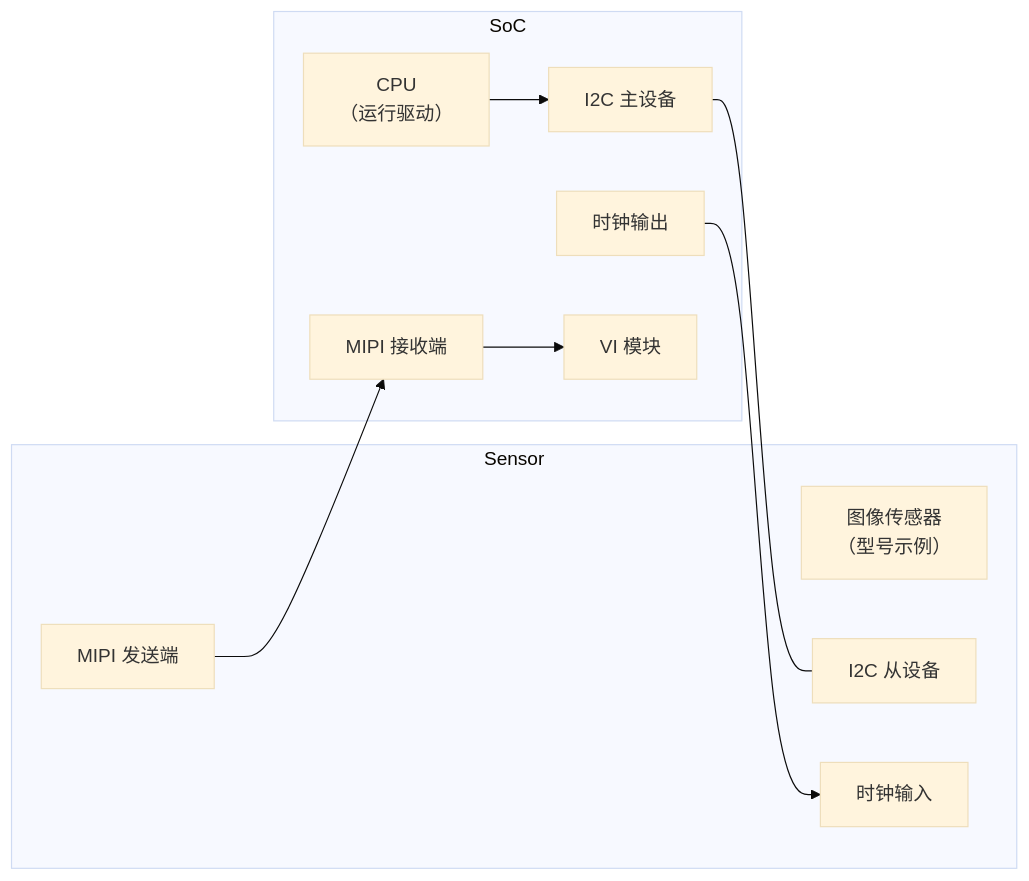
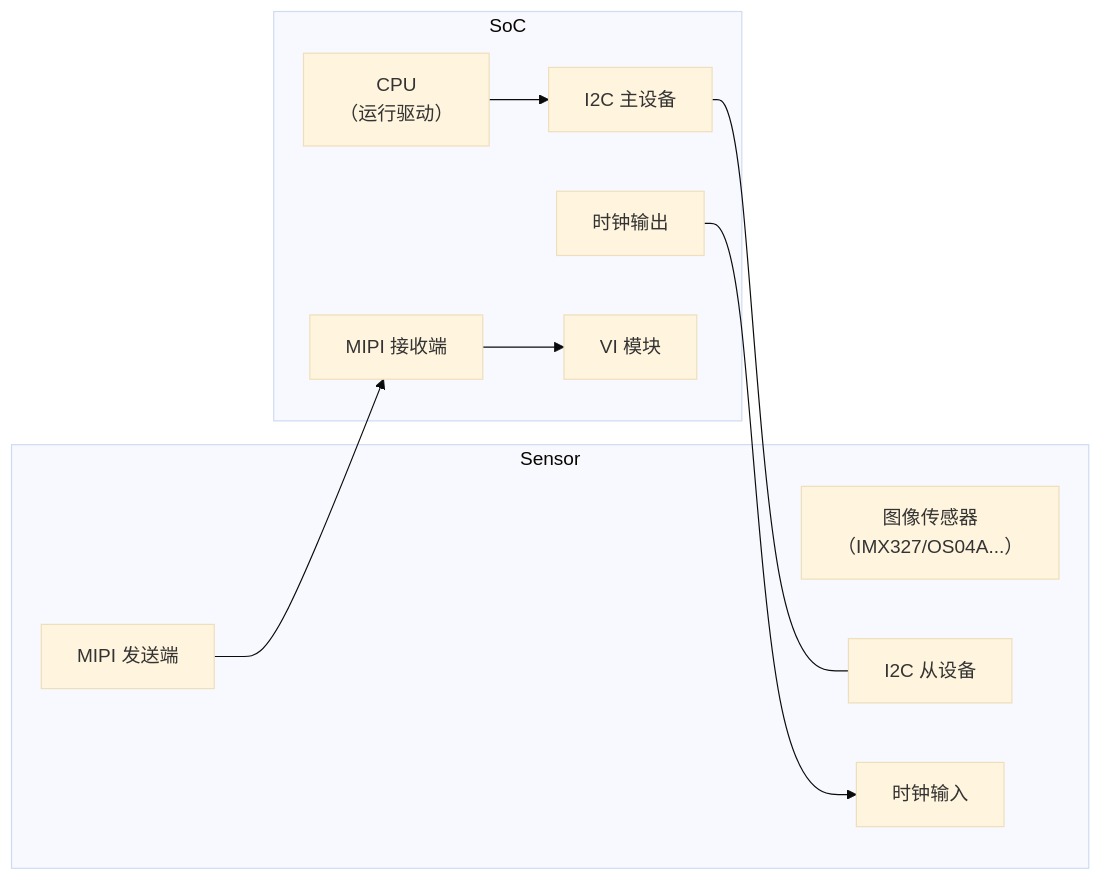
The first of 2 diagrams in content/AI/5 ISP与图像处理/13 Sensor基础.md (bluhuang/blogs-of-bluhuang), drawn with Mermaid (base theme) before and after one commit. The commit also changed other lines of this file and 86 other files, not shown here.

````diff
--- a/content/AI/5 ISP与图像处理/13 Sensor基础.md
+++ b/content/AI/5 ISP与图像处理/13 Sensor基础.md
@@ -225,23 +230,23 @@
 ```mermaid
 flowchart LR
     subgraph Sensor
-        SENS["图像传感器<br/>（型号示例）"]
+        SENS["图像传感器<br/>（IMX327/OS04A...）"]
         I2C_S["I2C 从设备"]
         MIPI_S["MIPI 发送端"]
         CLK_S["时钟输入"]
     end
     
     subgraph SoC
         CPU["CPU<br/>（运行驱动）"]
         I2C_M["I2C 主设备"]
         MIPI_R["MIPI 接收端"]
         CLK_O["时钟输出"]
         VI["VI 模块"]
     end
     
     I2C_M --- I2C_S
     MIPI_S --> MIPI_R
     CLK_O --> CLK_S
     CPU --> I2C_M
     MIPI_R --> VI
 ```
````
